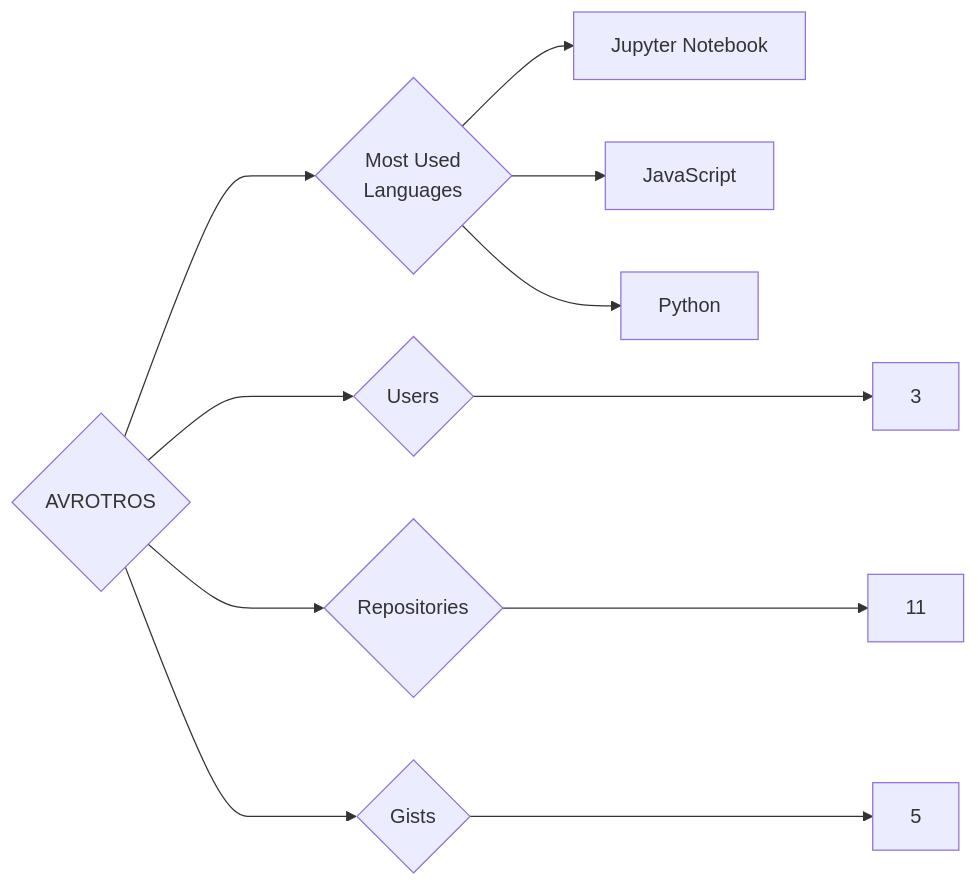
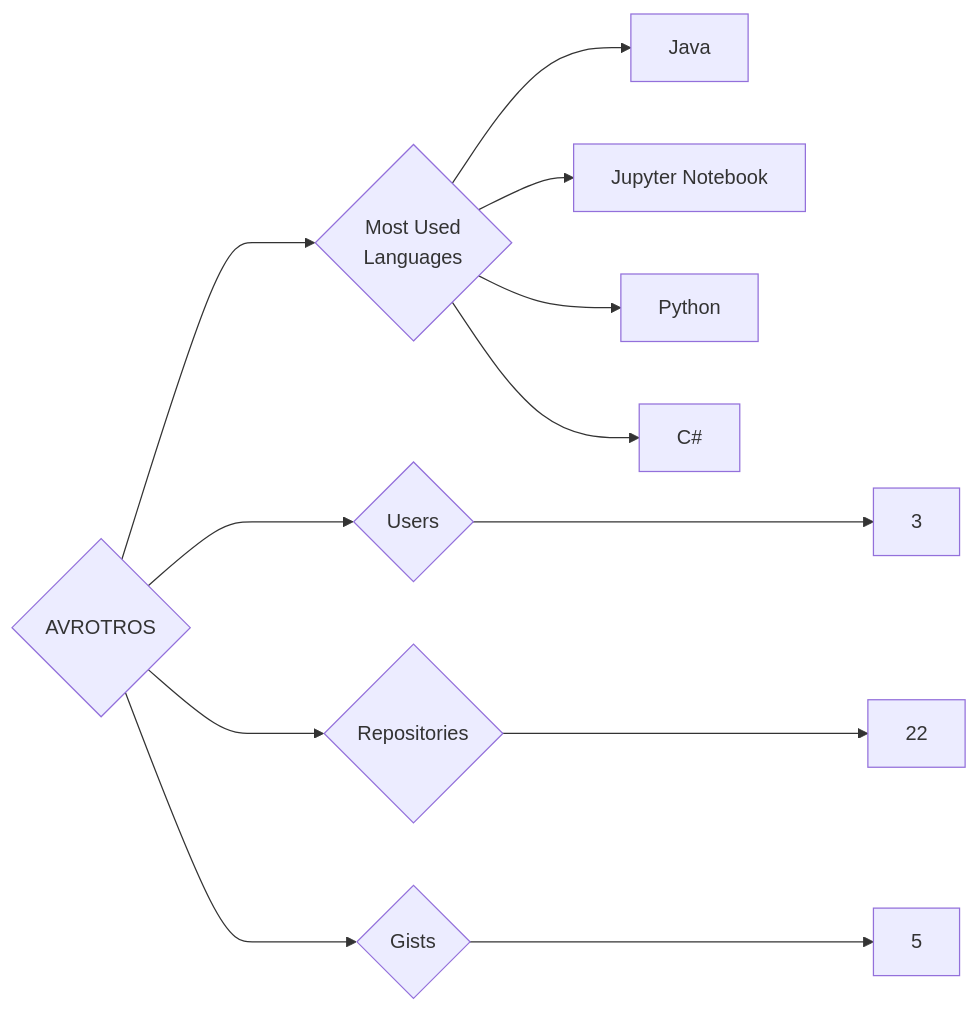
Before and after one commit to trickest/insiders: the diagram in targets/AVROTROS/README.md, drawn with Mermaid. The commit also changed 873 other files, not shown here.

````diff
--- a/targets/AVROTROS/README.md
+++ b/targets/AVROTROS/README.md
@@ -3,11 +3,12 @@
 ```mermaid
 graph LR
 COMPANY_NAME{AVROTROS}
 COMPANY_NAME ---> U{Users} ---> UN[3]
-COMPANY_NAME ---> R{Repositories} ---> RN[11]
+COMPANY_NAME ---> R{Repositories} ---> RN[22]
 COMPANY_NAME ---> G{Gists} ---> GN[5]
 COMPANY_NAME ---> ML{Most Used<br>Languages}
+ML --> Java[Java]
 ML --> Jupyter_Notebook[Jupyter Notebook]
-ML --> JavaScript[JavaScript]
 ML --> Python[Python]
+ML --> C#[C#]
 ```
````
